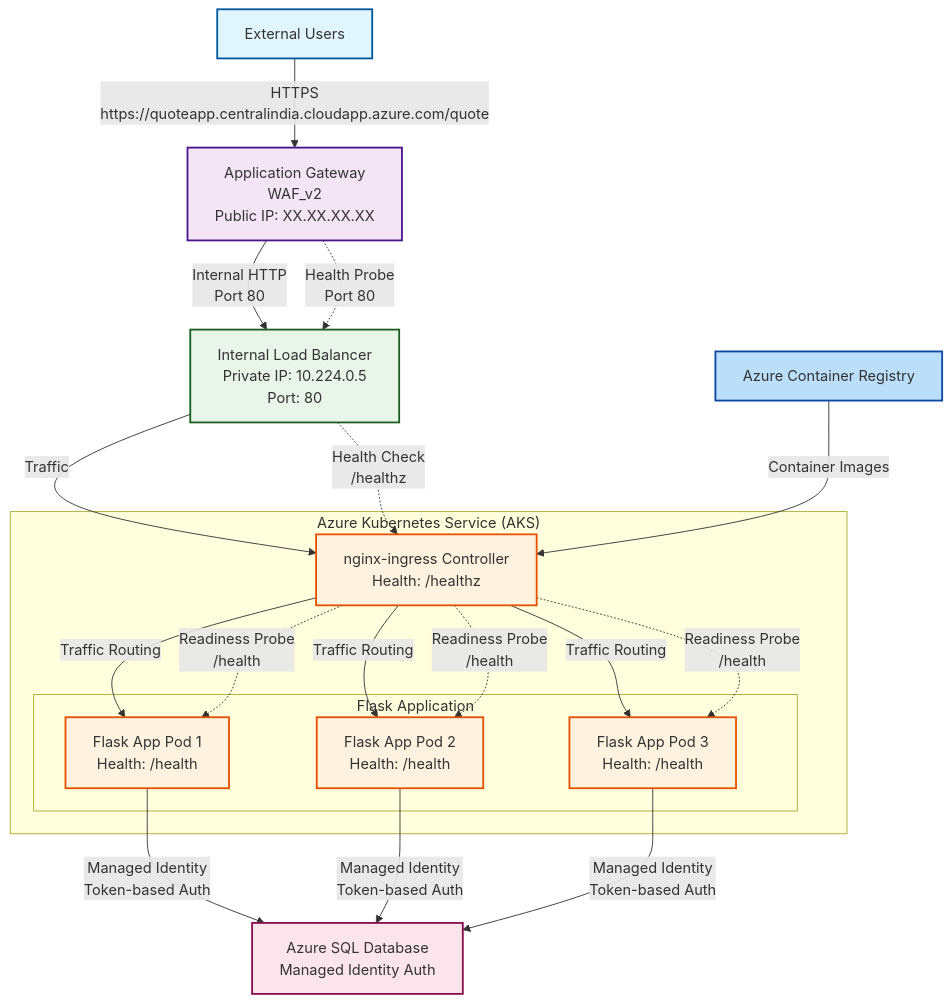
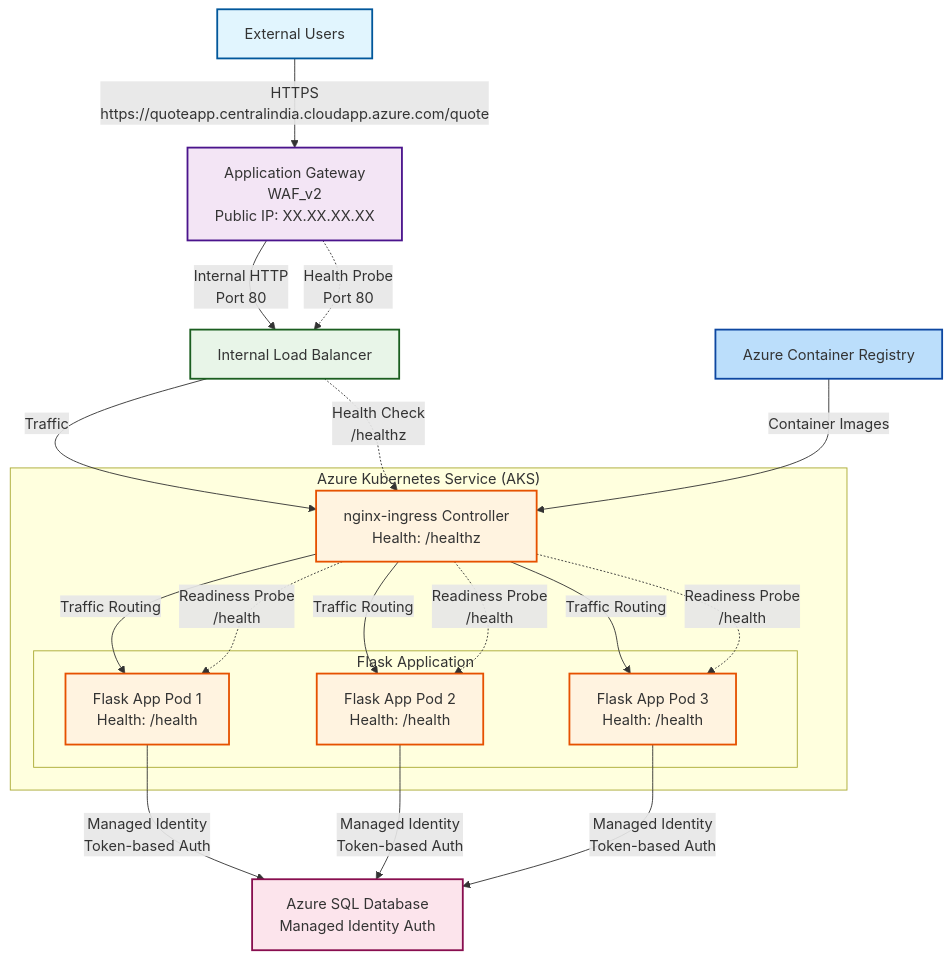
One commit to maheshwaran-projects/azure-webapp changed the first of 2 diagrams in README.md. Above: the diagram before and after it, drawn with Mermaid.

````diff
--- a/README.md
+++ b/README.md
@@ -7,59 +7,59 @@
 ```mermaid
 graph TB
     %% Styling
     classDef internet fill:#e1f5fe,stroke:#01579b,stroke-width:2px
     classDef agw fill:#f3e5f5,stroke:#4a148c,stroke-width:2px
     classDef lb fill:#e8f5e8,stroke:#1b5e20,stroke-width:2px
     classDef k8s fill:#fff3e0,stroke:#e65100,stroke-width:2px
     classDef sql fill:#fce4ec,stroke:#880e4f,stroke-width:2px
     classDef azure fill:#bbdefb,stroke:#0d47a1,stroke-width:2px
     
     %% Internet Layer
     INTERNET[External Users]:::internet
     
     %% Application Gateway Layer
     AGW[Application Gateway<br/>WAF_v2<br/>Public IP: XX.XX.XX.XX]:::agw
     
     %% Internal Load Balancer
-    LB[Internal Load Balancer<br/>Private IP: 10.224.0.5<br/>Port: 80]:::lb
+    LB[Internal Load Balancer]:::lb
     
     %% Kubernetes Layer
     subgraph "Azure Kubernetes Service (AKS)"
         INGRESS[nginx-ingress Controller<br/>Health: /healthz]:::k8s
         
         subgraph "Flask Application"
             APP1[Flask App Pod 1<br/>Health: /health]:::k8s
             APP2[Flask App Pod 2<br/>Health: /health]:::k8s
             APP3[Flask App Pod 3<br/>Health: /health]:::k8s
         end
     end
     
     %% Azure SQL Layer
     SQL[Azure SQL Database<br/>Managed Identity Auth]:::sql
     
     %% Azure Services
     ACR[Azure Container Registry]:::azure
     
     %% Connections
     INTERNET -- "HTTPS<br/>https://quoteapp.centralindia.cloudapp.azure.com/quote" --> AGW
     AGW -- "Internal HTTP<br/>Port 80" --> LB
     
     %% Health Probe Flow (CORRECTED)
     AGW -. "Health Probe<br/>Port 80" .-> LB
     LB -- "Traffic" --> INGRESS
     INGRESS -- "Traffic Routing" --> APP1
     INGRESS -- "Traffic Routing" --> APP2
     INGRESS -- "Traffic Routing" --> APP3
     
     %% Internal Health Checks
     LB -. "Health Check<br/>/healthz" .-> INGRESS
     INGRESS -. "Readiness Probe<br/>/health" .-> APP1
     INGRESS -. "Readiness Probe<br/>/health" .-> APP2
     INGRESS -. "Readiness Probe<br/>/health" .-> APP3
     
     APP1 -- "Managed Identity<br/>Token-based Auth" --> SQL
     APP2 -- "Managed Identity<br/>Token-based Auth" --> SQL
     APP3 -- "Managed Identity<br/>Token-based Auth" --> SQL
     
     ACR -- "Container Images" --> INGRESS
 ```
````
